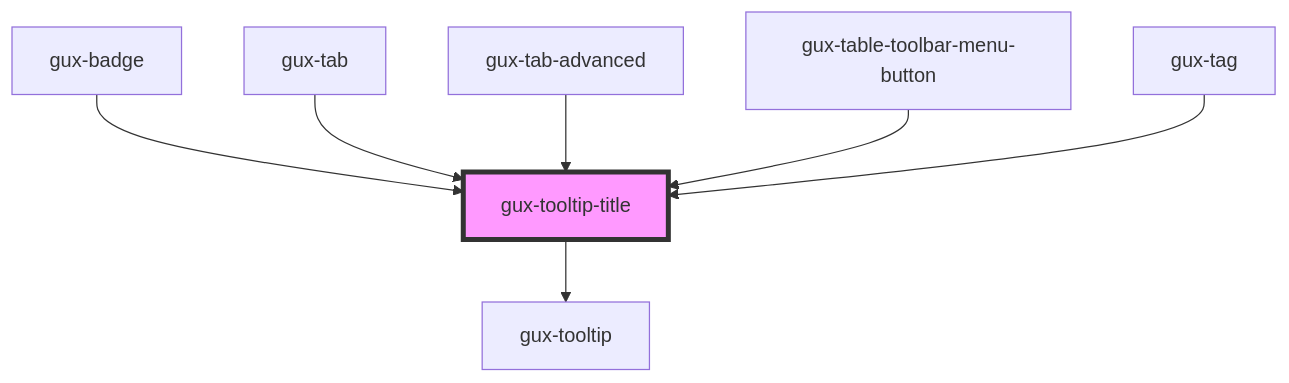
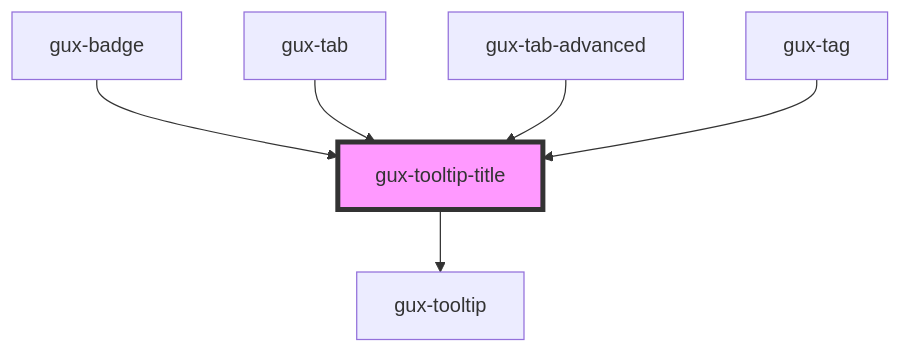
The diagram in packages/genesys-spark-components/src/components/stable/gux-tooltip-title/readme.md (MyPureCloud/genesys-spark), drawn with Mermaid before and after one commit. The commit also changed other lines of this file and 6 other files, not shown here.

First line of the commit message:
fix(table-toolbar): fix tooltip overlapping menu when expanded

````diff
--- a/packages/genesys-spark-components/src/components/stable/gux-tooltip-title/readme.md
+++ b/packages/genesys-spark-components/src/components/stable/gux-tooltip-title/readme.md
@@ -46,10 +45,9 @@
 ```mermaid
 graph TD;
   gux-tooltip-title --> gux-tooltip
   gux-badge --> gux-tooltip-title
   gux-tab --> gux-tooltip-title
   gux-tab-advanced --> gux-tooltip-title
-  gux-table-toolbar-menu-button --> gux-tooltip-title
   gux-tag --> gux-tooltip-title
   style gux-tooltip-title fill:#f9f,stroke:#333,stroke-width:4px
 ```
````
